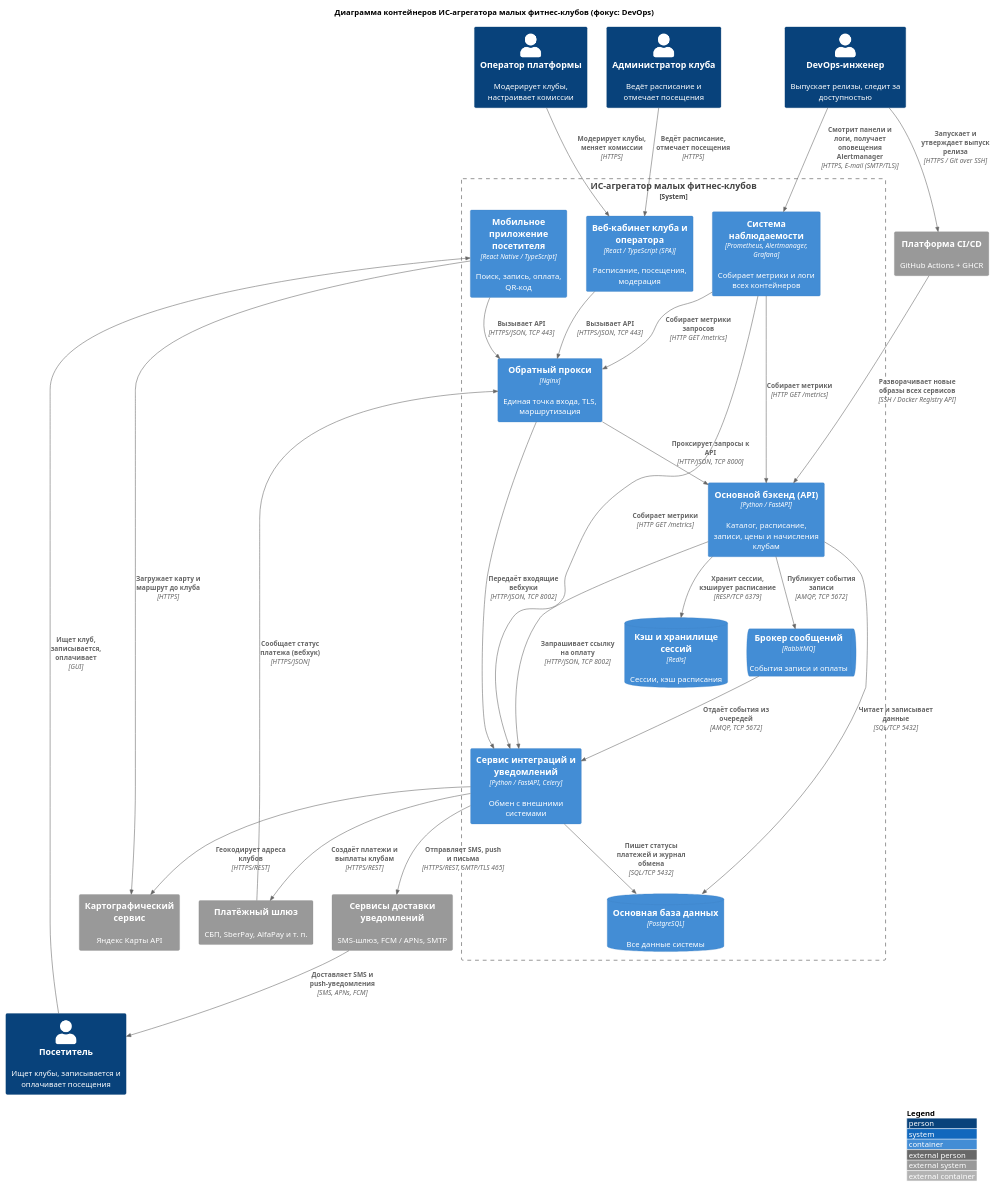
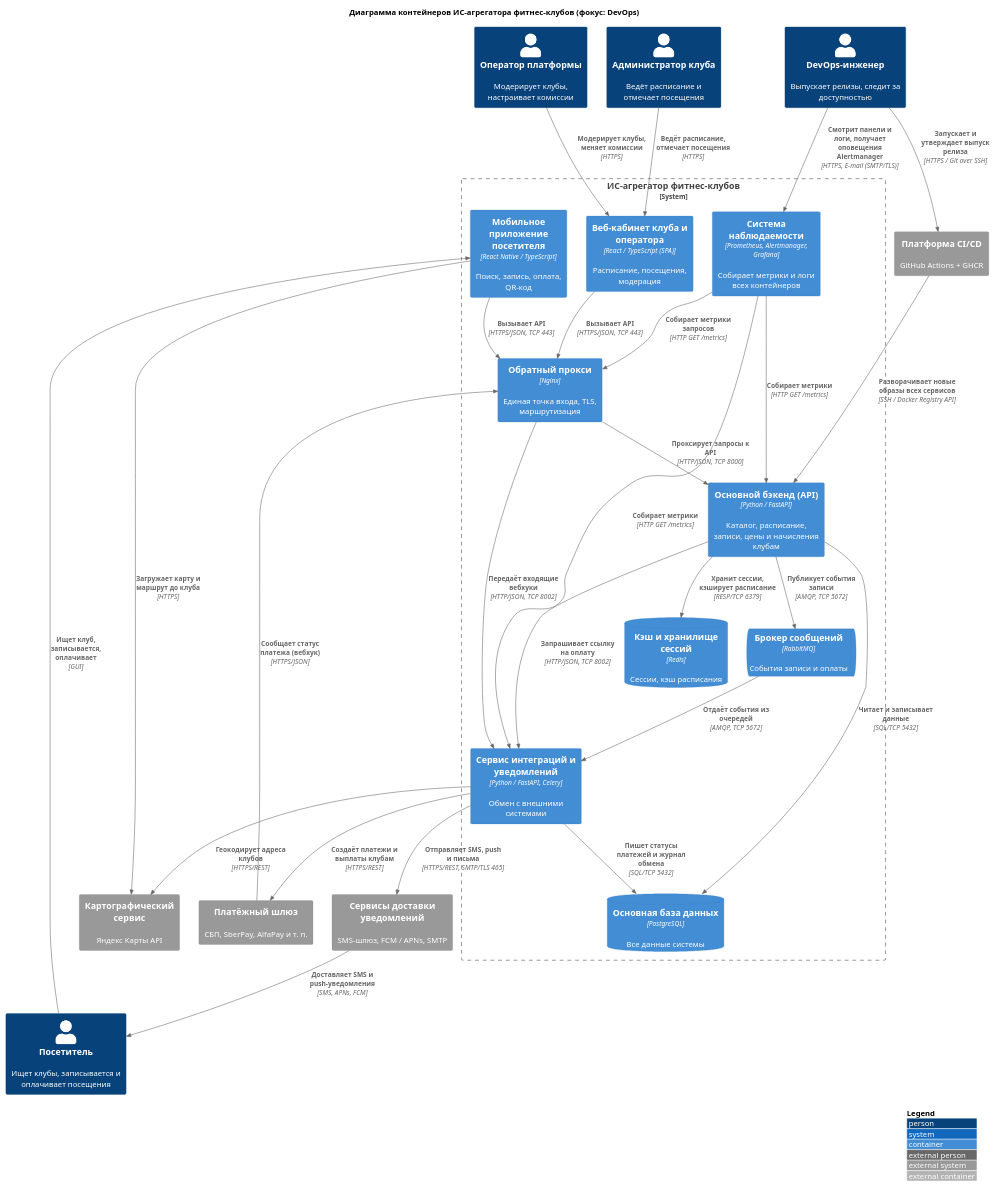
One commit to lamtfey11/ISIT-project-gym-aggregator changed the diagram in src/containers/l2-containers-devops.puml. Above: the diagram before and after it, drawn with PlantUML. The commit also changed 1 other file, not shown here.

```diff
--- a/src/containers/l2-containers-devops.puml
+++ b/src/containers/l2-containers-devops.puml
@@ -1,64 +1,64 @@
 @startuml "Fitness Aggregator - Container View (DevOps)"
 !include https://raw.githubusercontent.com/plantuml-stdlib/C4-PlantUML/master/C4_Container.puml
 
 LAYOUT_WITH_LEGEND()
 
-title Диаграмма контейнеров ИС-агрегатора малых фитнес-клубов (фокус: DevOps)
+title Диаграмма контейнеров ИС-агрегатора фитнес-клубов (фокус: DevOps)
 
 Person(visitor, "Посетитель", "Ищет клубы, записывается и оплачивает посещения")
 Person(club_admin, "Администратор клуба", "Ведёт расписание и отмечает посещения")
 Person(operator, "Оператор платформы", "Модерирует клубы, настраивает комиссии")
 Person(devops, "DevOps-инженер", "Выпускает релизы, следит за доступностью")
 
 
-System_Boundary(fitness_system, "ИС-агрегатор малых фитнес-клубов") {
+System_Boundary(fitness_system, "ИС-агрегатор фитнес-клубов") {
   Container(mobile_app, "Мобильное приложение посетителя", "React Native / TypeScript", "Поиск, запись, оплата, QR-код")
   Container(club_web, "Веб-кабинет клуба и оператора", "React / TypeScript (SPA)", "Расписание, посещения, модерация")
   Container(reverse_proxy, "Обратный прокси", "Nginx", "Единая точка входа, TLS, маршрутизация")
   Container(api_backend, "Основной бэкенд (API)", "Python / FastAPI", "Каталог, расписание, записи, цены и начисления клубам")
   Container(integration_service, "Сервис интеграций и уведомлений", "Python / FastAPI, Celery", "Обмен с внешними системами")
   ContainerQueue(message_broker, "Брокер сообщений", "RabbitMQ", "События записи и оплаты")
   ContainerDb(database, "Основная база данных", "PostgreSQL", "Все данные системы")
   ContainerDb(cache, "Кэш и хранилище сессий", "Redis", "Сессии, кэш расписания")
   Container(monitoring, "Система наблюдаемости", "Prometheus, Alertmanager, Grafana", "Собирает метрики и логи всех контейнеров")
 }
 
 System_Ext(payment_gateway, "Платёжный шлюз", "СБП, SberPay, AlfaPay и т. п.")
 System_Ext(maps_service, "Картографический сервис", "Яндекс Карты API")
 System_Ext(notification_gateway, "Сервисы доставки уведомлений", "SMS-шлюз, FCM / APNs, SMTP")
 System_Ext(ci_cd, "Платформа CI/CD", "GitHub Actions + GHCR")
 
 Rel(visitor, mobile_app, "Ищет клуб, записывается, оплачивает", "GUI")
 Rel(club_admin, club_web, "Ведёт расписание, отмечает посещения", "HTTPS")
 Rel(operator, club_web, "Модерирует клубы, меняет комиссии", "HTTPS")
 Rel(devops, monitoring, "Смотрит панели и логи, получает оповещения Alertmanager", "HTTPS, E-mail (SMTP/TLS)")
 Rel(devops, ci_cd, "Запускает и утверждает выпуск релиза", "HTTPS / Git over SSH")
 
 Rel(mobile_app, reverse_proxy, "Вызывает API", "HTTPS/JSON, TCP 443")
 Rel(club_web, reverse_proxy, "Вызывает API", "HTTPS/JSON, TCP 443")
 Rel(mobile_app, maps_service, "Загружает карту и маршрут до клуба", "HTTPS")
 
 Rel(reverse_proxy, api_backend, "Проксирует запросы к API", "HTTP/JSON, TCP 8000")
 Rel(reverse_proxy, integration_service, "Передаёт входящие вебхуки", "HTTP/JSON, TCP 8002")
 
 Rel(api_backend, integration_service, "Запрашивает ссылку на оплату", "HTTP/JSON, TCP 8002")
 Rel(api_backend, database, "Читает и записывает данные", "SQL/TCP 5432")
 Rel(api_backend, cache, "Хранит сессии, кэширует расписание", "RESP/TCP 6379")
 Rel(api_backend, message_broker, "Публикует события записи", "AMQP, TCP 5672")
 Rel(integration_service, database, "Пишет статусы платежей и журнал обмена", "SQL/TCP 5432")
 Rel(message_broker, integration_service, "Отдаёт события из очередей", "AMQP, TCP 5672")
 
 Rel(integration_service, payment_gateway, "Создаёт платежи и выплаты клубам", "HTTPS/REST")
 Rel(payment_gateway, reverse_proxy, "Сообщает статус платежа (вебхук)", "HTTPS/JSON")
 Rel(integration_service, maps_service, "Геокодирует адреса клубов", "HTTPS/REST")
 Rel(integration_service, notification_gateway, "Отправляет SMS, push и письма", "HTTPS/REST, SMTP/TLS 465")
 Rel(notification_gateway, visitor, "Доставляет SMS и push-уведомления", "SMS, APNs, FCM")
 
 Rel(monitoring, reverse_proxy, "Собирает метрики запросов", "HTTP GET /metrics")
 Rel(monitoring, api_backend, "Собирает метрики", "HTTP GET /metrics")
 Rel(monitoring, integration_service, "Собирает метрики", "HTTP GET /metrics")
 
 Rel(ci_cd, api_backend, "Разворачивает новые образы всех сервисов", "SSH / Docker Registry API")
 
 
 @enduml
```
